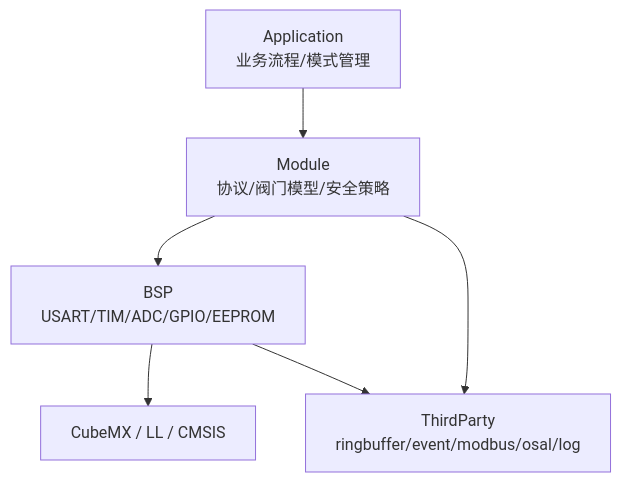
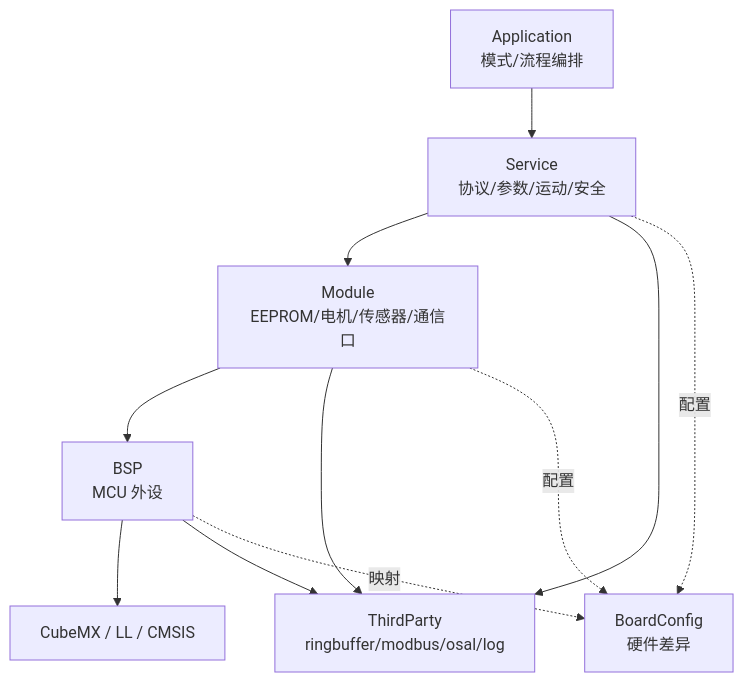
One commit to zym787/nextG_universal_valve_drive_platform changed the diagram in Readme.md. Above: the diagram before and after it, drawn with Mermaid. The commit also changed other lines of this file and 13 other files, not shown here.

Commit message:
Update the architecture document

````diff
--- a/Readme.md
+++ b/Readme.md
@@ -42,14 +36,21 @@
 ```mermaid
 flowchart TB
-    APP["Application<br/>业务流程/模式管理"]
-    MOD["Module<br/>协议/阀门模型/安全策略"]
-    BSP["BSP<br/>USART/TIM/ADC/GPIO/EEPROM"]
+    APP["Application<br/>模式/流程编排"]
+    SVC["Service<br/>协议/参数/运动/安全"]
+    MOD["Module<br/>EEPROM/电机/传感器/通信口"]
+    BSP["BSP<br/>MCU 外设"]
     CUBE["CubeMX / LL / CMSIS"]
-    TP["ThirdParty<br/>ringbuffer/event/modbus/osal/log"]
+    BOARD["BoardConfig<br/>硬件差异"]
+    TP["ThirdParty<br/>ringbuffer/modbus/osal/log"]
 
-    APP --> MOD
+    APP --> SVC
+    SVC --> MOD
     MOD --> BSP
     BSP --> CUBE
+    SVC --> TP
     MOD --> TP
     BSP --> TP
+    SVC -.配置.-> BOARD
+    MOD -.配置.-> BOARD
+    BSP -.映射.-> BOARD
 ```
````
